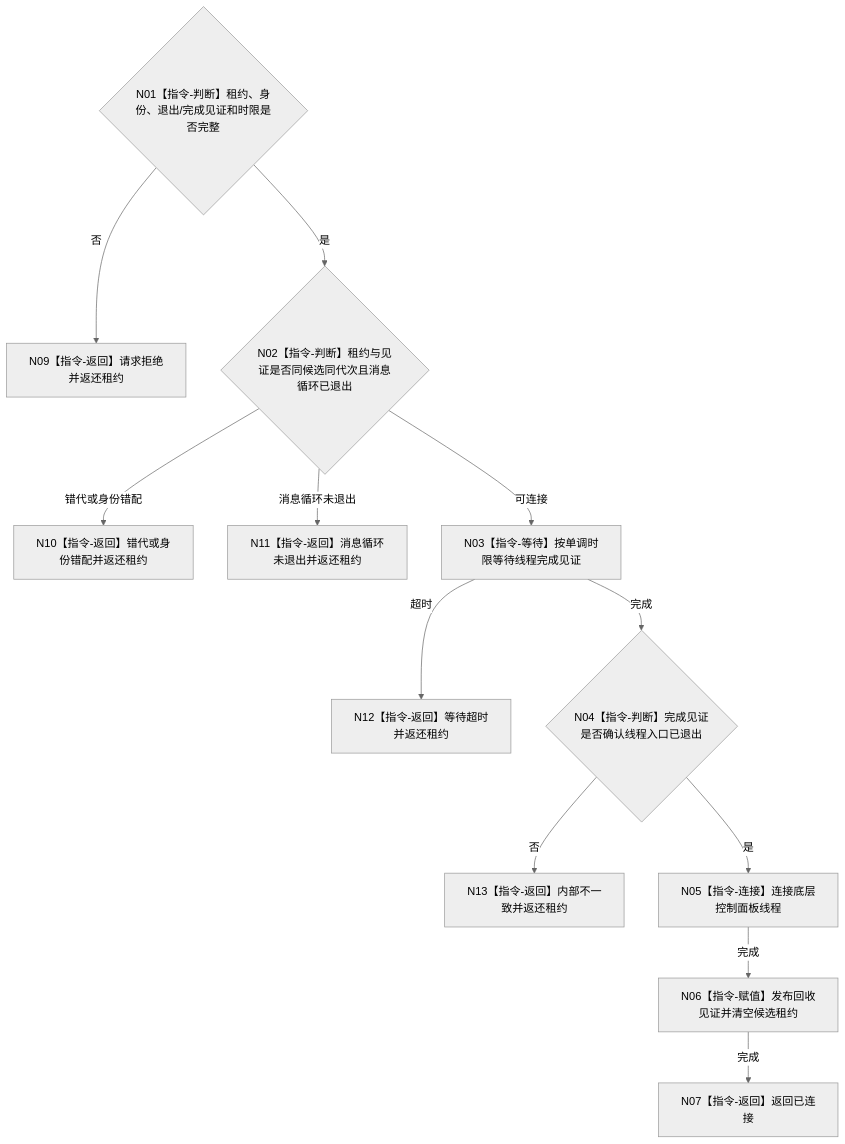
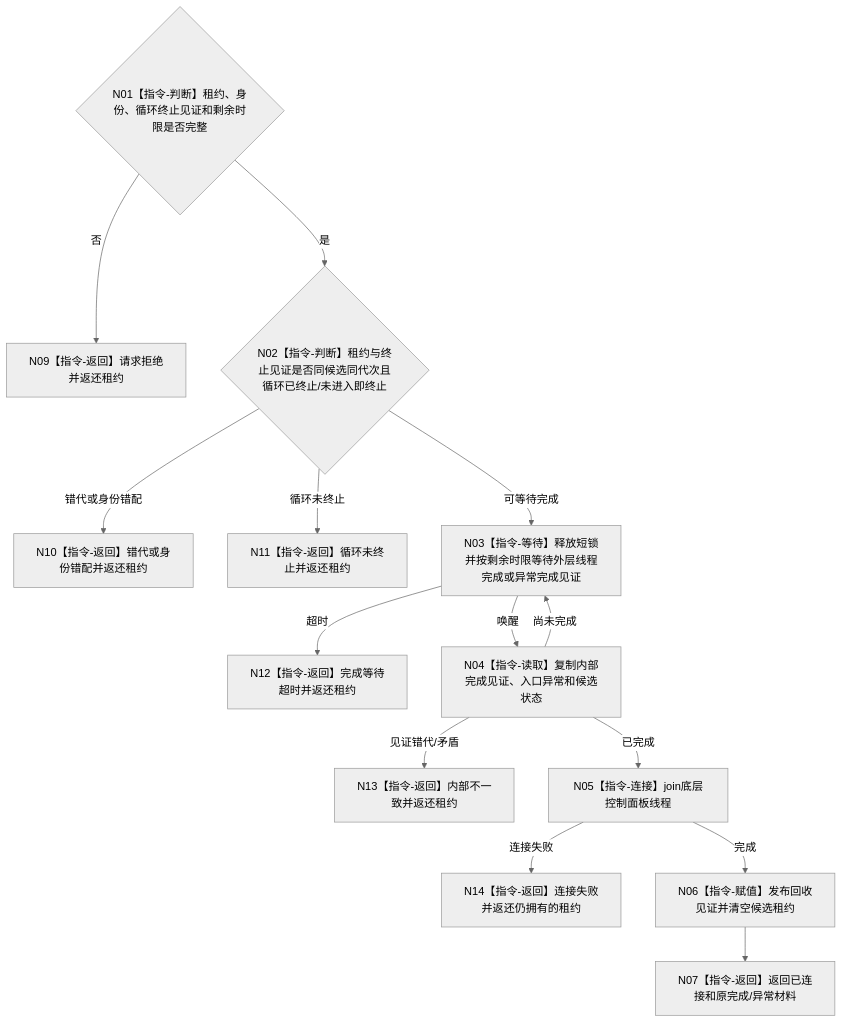
Before and after one commit to chunhaizh-cyber/HY-Ego: the diagram in 流程图/目标业务流程图/L4/BIZ-L4-001-09-03-03_连接控制面板线程候选_目标函数流程图_v0.1.md, drawn with Mermaid (neutral theme). The commit also changed other lines of this file and 16 other files, not shown here.

````diff
--- a/流程图/目标业务流程图/L4/BIZ-L4-001-09-03-03_连接控制面板线程候选_目标函数流程图_v0.1.md
+++ b/流程图/目标业务流程图/L4/BIZ-L4-001-09-03-03_连接控制面板线程候选_目标函数流程图_v0.1.md
@@ -30,14 +30,16 @@
 ```mermaid
 flowchart TD
- N01{"N01【指令-判断】租约、身份、退出/完成见证和时限是否完整"} -->|否| N09["N09【指令-返回】请求拒绝并返还租约"]
- N01 -->|是| N02{"N02【指令-判断】租约与见证是否同候选同代次且消息循环已退出"}
- N02 -->|错代或身份错配| N10["N10【指令-返回】错代或身份错配并返还租约"]
- N02 -->|消息循环未退出| N11["N11【指令-返回】消息循环未退出并返还租约"]
- N02 -->|可连接| N03["N03【指令-等待】按单调时限等待线程完成见证"]
- N03 -->|超时| N12["N12【指令-返回】等待超时并返还租约"]
- N03 -->|完成| N04{"N04【指令-判断】完成见证是否确认线程入口已退出"}
- N04 -->|否| N13["N13【指令-返回】内部不一致并返还租约"]
- N04 -->|是| N05["N05【指令-连接】连接底层控制面板线程"]
- N05 -->|完成| N06["N06【指令-赋值】发布回收见证并清空候选租约"]
- N06 -->|完成| N07["N07【指令-返回】返回已连接"]
+    N01{"N01【指令-判断】租约、身份、循环终止见证和剩余时限是否完整"} -->|否| N09["N09【指令-返回】请求拒绝并返还租约"]
+    N01 -->|是| N02{"N02【指令-判断】租约与终止见证是否同候选同代次且循环已终止/未进入即终止"}
+    N02 -->|错代或身份错配| N10["N10【指令-返回】错代或身份错配并返还租约"]
+    N02 -->|循环未终止| N11["N11【指令-返回】循环未终止并返还租约"]
+    N02 -->|可等待完成| N03["N03【指令-等待】释放短锁并按剩余时限等待外层线程完成或异常完成见证"]
+    N03 -->|超时| N12["N12【指令-返回】完成等待超时并返还租约"]
+    N03 -->|唤醒| N04["N04【指令-读取】复制内部完成见证、入口异常和候选状态"]
+    N04 -->|尚未完成| N03
+    N04 -->|见证错代/矛盾| N13["N13【指令-返回】内部不一致并返还租约"]
+    N04 -->|已完成| N05["N05【指令-连接】join底层控制面板线程"]
+    N05 -->|连接失败| N14["N14【指令-返回】连接失败并返还仍拥有的租约"]
+    N05 -->|完成| N06["N06【指令-赋值】发布回收见证并清空候选租约"]
+    N06 --> N07["N07【指令-返回】返回已连接和原完成/异常材料"]
 ```
````
